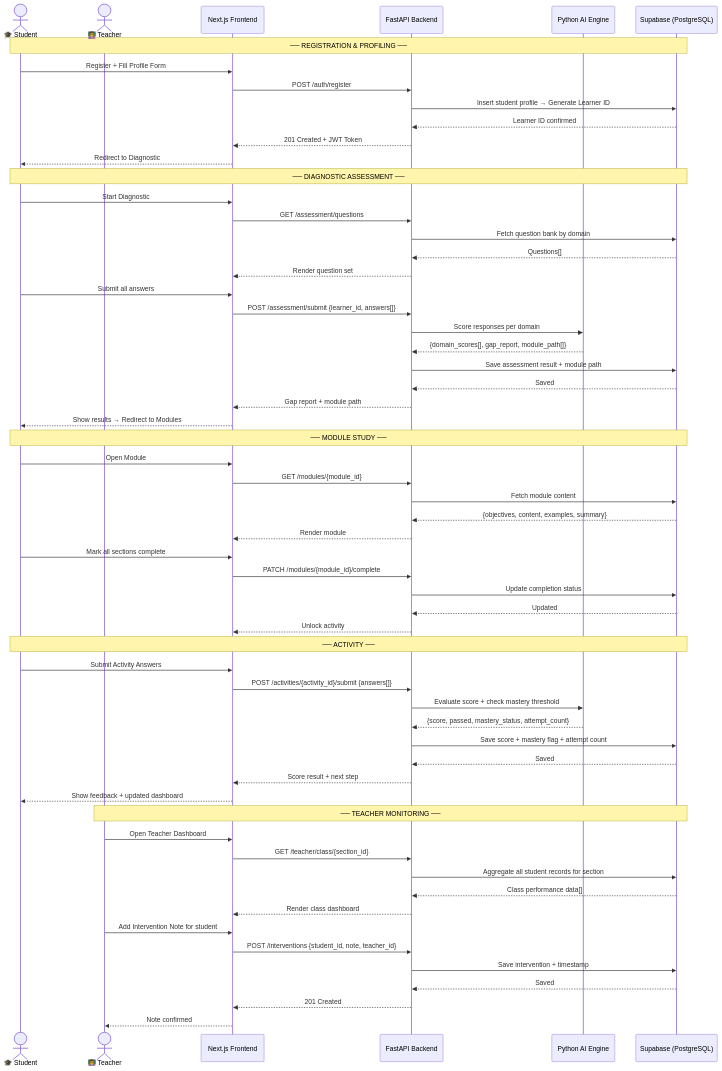
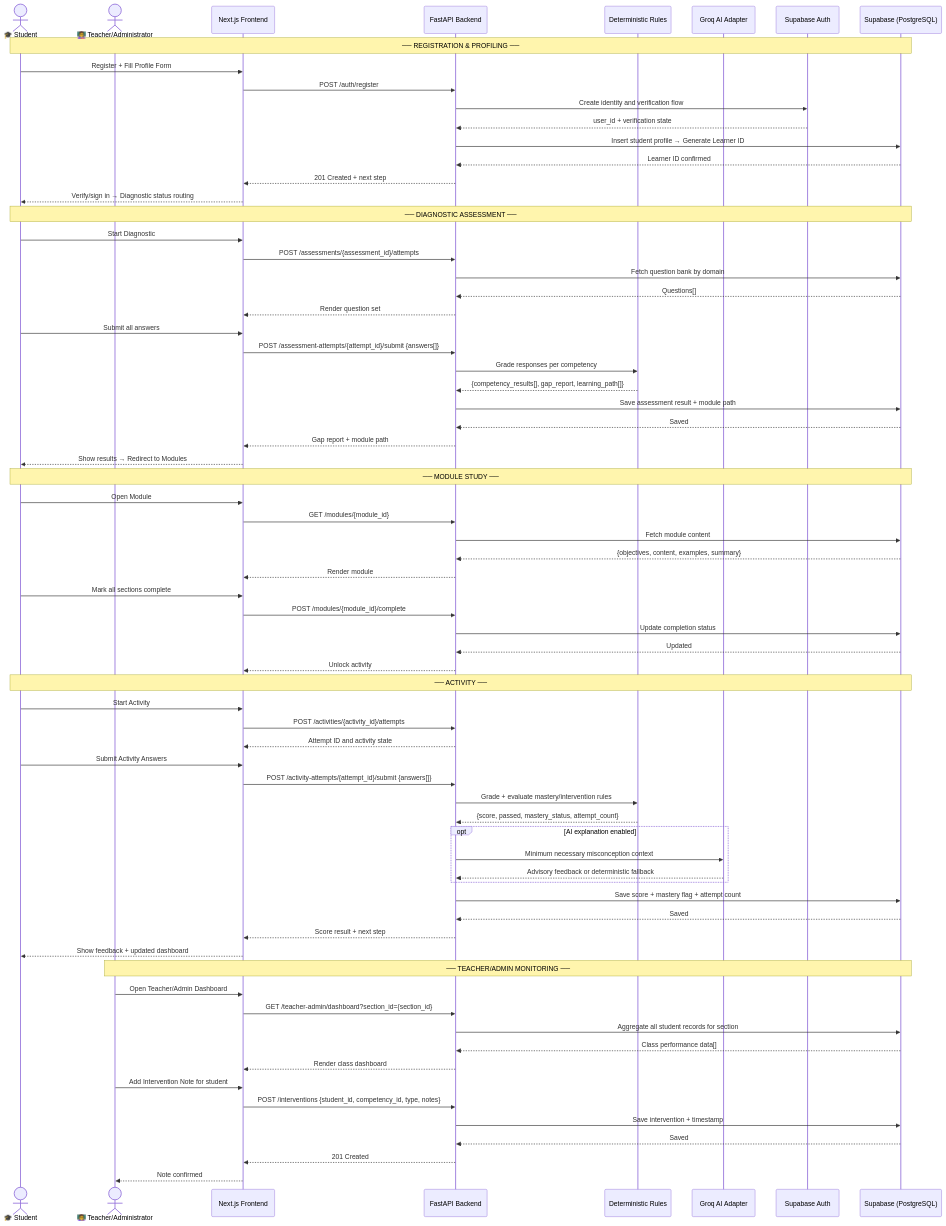
Before and after one commit to MathSmart-Systems/MathSmart-AI-Powered-Interactice-Learning-System: the tenth of 12 diagrams in docs/DIAGRAMS.md, drawn with Mermaid. The commit also changed other lines of this file and 108 other files, not shown here.

````diff
--- a/docs/DIAGRAMS.md
+++ b/docs/DIAGRAMS.md
@@ -212,67 +292,78 @@
 ```mermaid
 sequenceDiagram
     actor S as 🎓 Student
-    actor T as 👩‍🏫 Teacher
+    actor T as 👩‍🏫 Teacher/Administrator
     participant FE as Next.js Frontend
     participant API as FastAPI Backend
-    participant AI as Python AI Engine
+    participant RULES as Deterministic Rules
+    participant AI as Groq AI Adapter
+    participant AUTH as Supabase Auth
     participant DB as Supabase (PostgreSQL)
 
     Note over S, DB: ── REGISTRATION & PROFILING ──
     S->>FE: Register + Fill Profile Form
     FE->>API: POST /auth/register
+    API->>AUTH: Create identity and verification flow
+    AUTH-->>API: user_id + verification state
     API->>DB: Insert student profile → Generate Learner ID
     DB-->>API: Learner ID confirmed
-    API-->>FE: 201 Created + JWT Token
-    FE-->>S: Redirect to Diagnostic
+    API-->>FE: 201 Created + next step
+    FE-->>S: Verify/sign in → Diagnostic status routing
 
     Note over S, DB: ── DIAGNOSTIC ASSESSMENT ──
     S->>FE: Start Diagnostic
-    FE->>API: GET /assessment/questions
+    FE->>API: POST /assessments/{assessment_id}/attempts
     API->>DB: Fetch question bank by domain
     DB-->>API: Questions[]
     API-->>FE: Render question set
     S->>FE: Submit all answers
-    FE->>API: POST /assessment/submit {learner_id, answers[]}
-    API->>AI: Score responses per domain
-    AI-->>API: {domain_scores[], gap_report, module_path[]}
+    FE->>API: POST /assessment-attempts/{attempt_id}/submit {answers[]}
+    API->>RULES: Grade responses per competency
+    RULES-->>API: {competency_results[], gap_report, learning_path[]}
     API->>DB: Save assessment result + module path
     DB-->>API: Saved
     API-->>FE: Gap report + module path
     FE-->>S: Show results → Redirect to Modules
 
     Note over S, DB: ── MODULE STUDY ──
     S->>FE: Open Module
     FE->>API: GET /modules/{module_id}
     API->>DB: Fetch module content
     DB-->>API: {objectives, content, examples, summary}
     API-->>FE: Render module
     S->>FE: Mark all sections complete
-    FE->>API: PATCH /modules/{module_id}/complete
+    FE->>API: POST /modules/{module_id}/complete
     API->>DB: Update completion status
     DB-->>API: Updated
     API-->>FE: Unlock activity
 
     Note over S, DB: ── ACTIVITY ──
+    S->>FE: Start Activity
+    FE->>API: POST /activities/{activity_id}/attempts
+    API-->>FE: Attempt ID and activity state
     S->>FE: Submit Activity Answers
-    FE->>API: POST /activities/{activity_id}/submit {answers[]}
-    API->>AI: Evaluate score + check mastery threshold
-    AI-->>API: {score, passed, mastery_status, attempt_count}
+    FE->>API: POST /activity-attempts/{attempt_id}/submit {answers[]}
+    API->>RULES: Grade + evaluate mastery/intervention rules
+    RULES-->>API: {score, passed, mastery_status, attempt_count}
+    opt AI explanation enabled
+        API->>AI: Minimum necessary misconception context
+        AI-->>API: Advisory feedback or deterministic fallback
+    end
     API->>DB: Save score + mastery flag + attempt count
     DB-->>API: Saved
     API-->>FE: Score result + next step
     FE-->>S: Show feedback + updated dashboard
 
-    Note over T, DB: ── TEACHER MONITORING ──
-    T->>FE: Open Teacher Dashboard
-    FE->>API: GET /teacher/class/{section_id}
+    Note over T, DB: ── TEACHER/ADMIN MONITORING ──
+    T->>FE: Open Teacher/Admin Dashboard
+    FE->>API: GET /teacher-admin/dashboard?section_id={section_id}
     API->>DB: Aggregate all student records for section
     DB-->>API: Class performance data[]
     API-->>FE: Render class dashboard
     T->>FE: Add Intervention Note for student
-    FE->>API: POST /interventions {student_id, note, teacher_id}
+    FE->>API: POST /interventions {student_id, competency_id, type, notes}
     API->>DB: Save intervention + timestamp
     DB-->>API: Saved
     API-->>FE: 201 Created
     FE-->>T: Note confirmed
 ```
````
